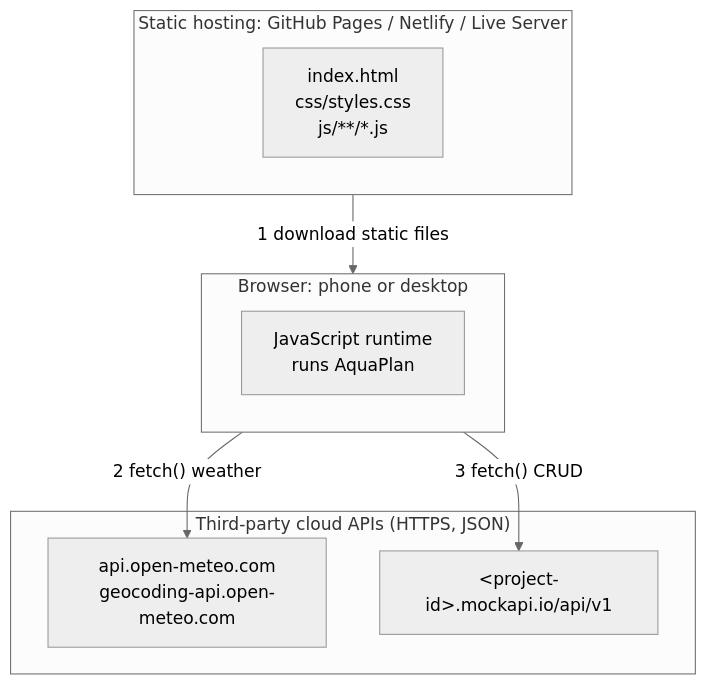
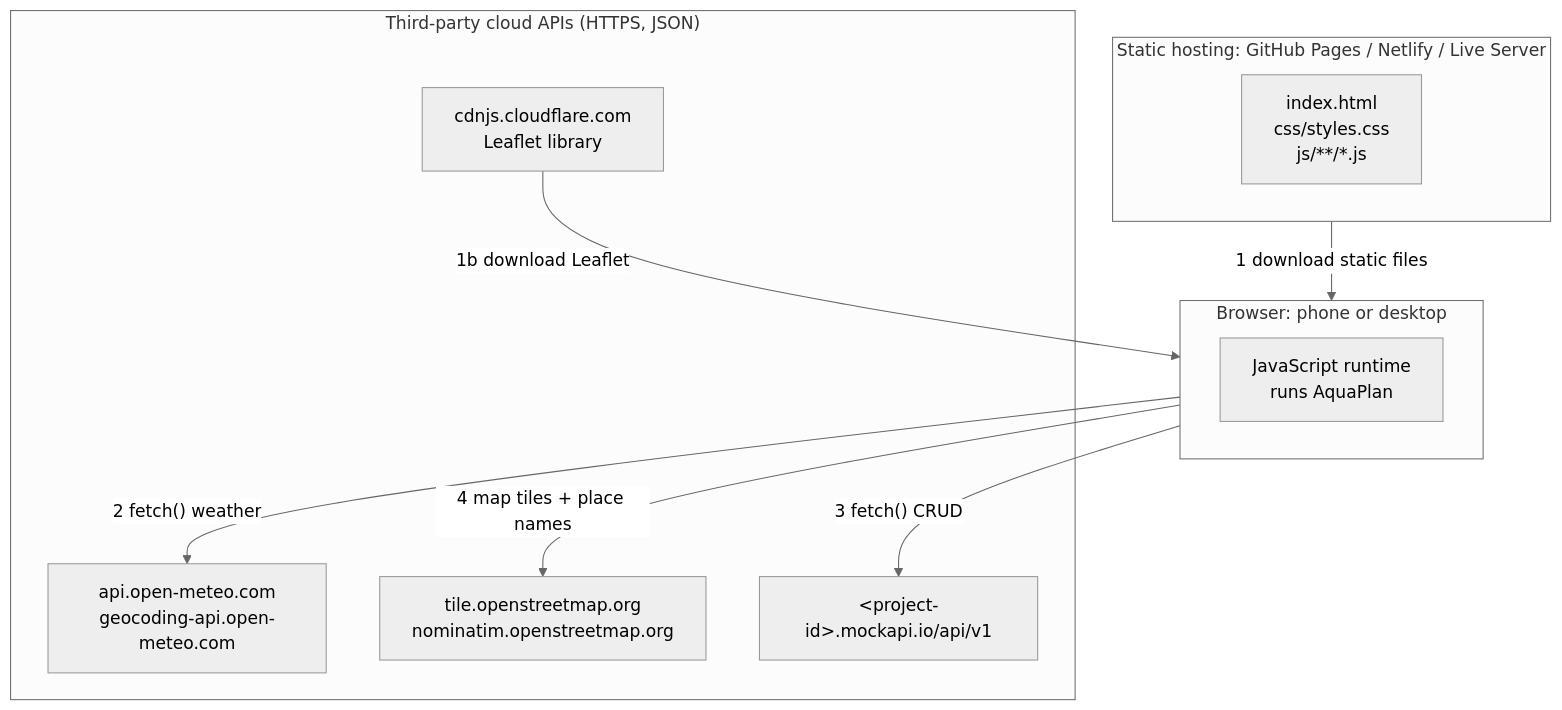
Before and after one commit to ViiUnknown/aquaplan: the second of 13 diagrams in ARCHITECTURE.md, drawn with Mermaid (neutral theme). The commit also changed other lines of this file and 37 other files, not shown here.

````diff
--- a/ARCHITECTURE.md
+++ b/ARCHITECTURE.md
@@ -64,19 +76,23 @@
 ```mermaid
 flowchart TB
     subgraph host["Static hosting: GitHub Pages / Netlify / Live Server"]
         files["index.html<br/>css/styles.css<br/>js/**/*.js"]
     end
 
     subgraph client["Browser: phone or desktop"]
         runtime["JavaScript runtime<br/>runs AquaPlan"]
     end
 
     subgraph cloud["Third-party cloud APIs (HTTPS, JSON)"]
         om["api.open-meteo.com<br/>geocoding-api.open-meteo.com"]
+        map["tile.openstreetmap.org<br/>nominatim.openstreetmap.org"]
+        cdn["cdnjs.cloudflare.com<br/>Leaflet library"]
         ma["&lt;project-id&gt;.mockapi.io/api/v1"]
     end
 
     host -- "1 download static files" --> client
+    cdn -- "1b download Leaflet" --> client
     client -- "2 fetch() weather" --> om
     client -- "3 fetch() CRUD" --> ma
+    client -- "4 map tiles + place names" --> map
 ```
````
